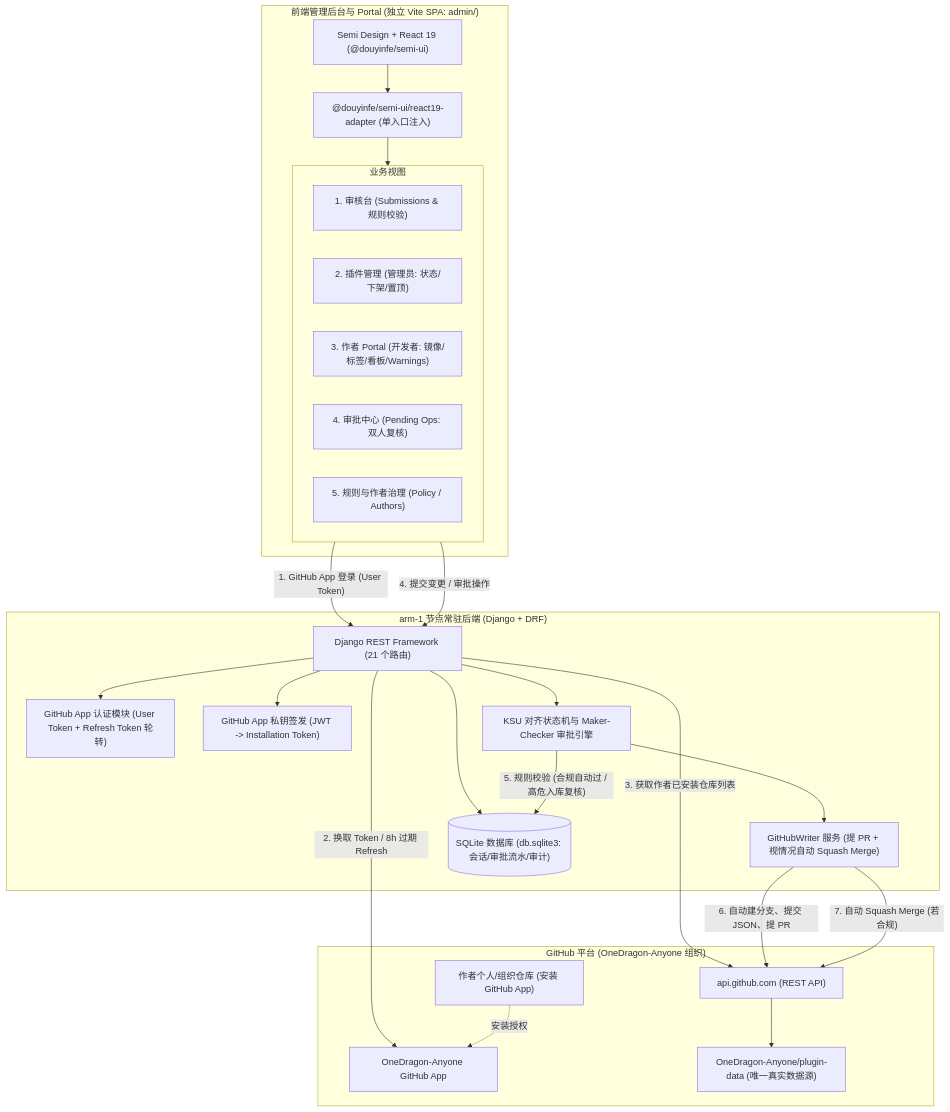
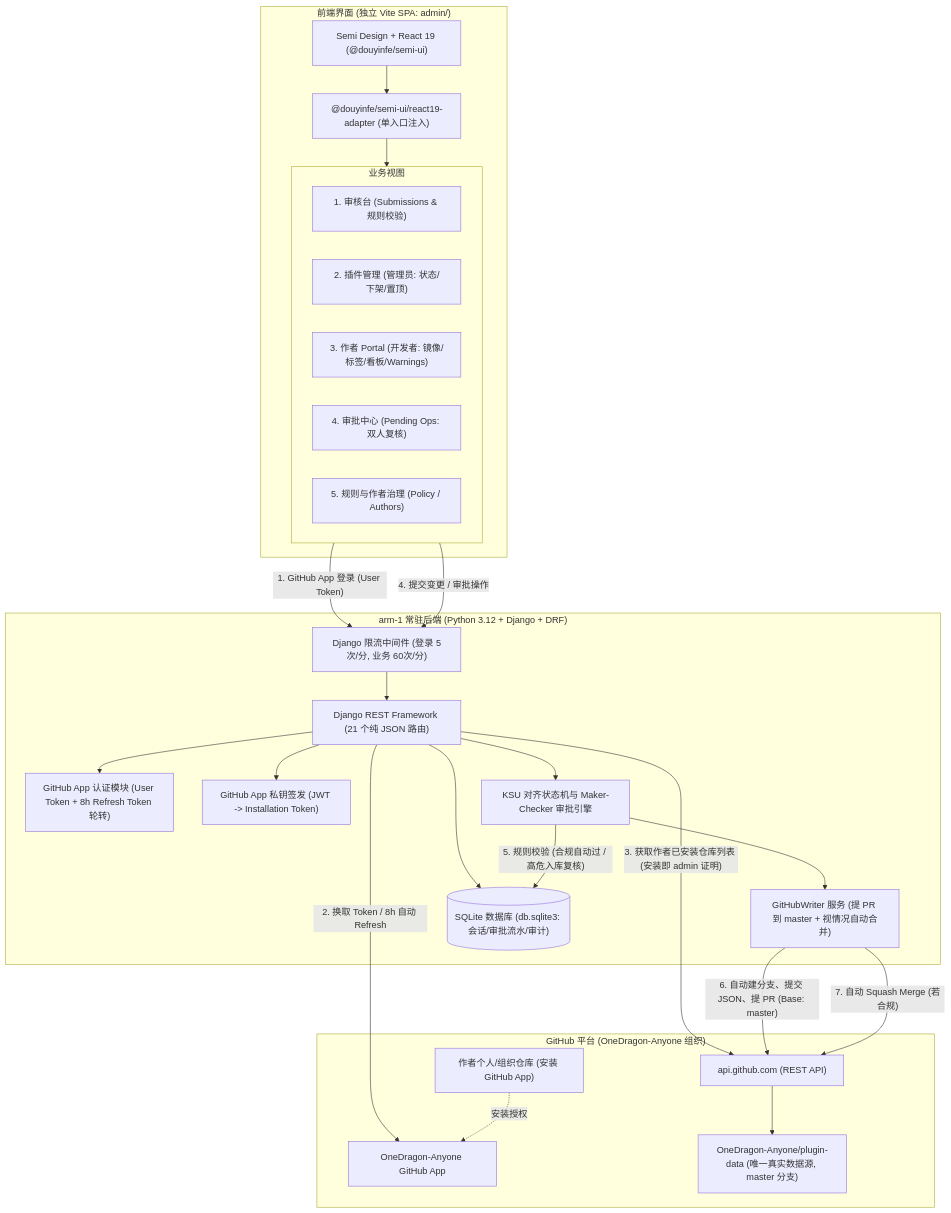
Before and after one commit to OneDragon-Anyone/plugin-market: the diagram in docs/design/Z0D-9/design.md, drawn with Mermaid. The commit also changed other lines of this file and 1 other file, not shown here.

Commit message:
docs(design): incorporate real-world verification findings (master branch, arm-1 secrets, ddos throttling) (Z0D-3, Z0D-9)

````diff
--- a/docs/design/Z0D-9/design.md
+++ b/docs/design/Z0D-9/design.md
@@ -78,48 +68,50 @@
 ```mermaid
 flowchart TD
-    subgraph Client ["前端管理后台与 Portal (独立 Vite SPA: admin/)"]
+    subgraph Client ["前端界面 (独立 Vite SPA: admin/)"]
         SemiUI["Semi Design + React 19 (@douyinfe/semi-ui)"]
         Adapter["@douyinfe/semi-ui/react19-adapter (单入口注入)"]
         subgraph Views ["业务视图"]
             V1["1. 审核台 (Submissions & 规则校验)"]
             V2["2. 插件管理 (管理员: 状态/下架/置顶)"]
             V3["3. 作者 Portal (开发者: 镜像/标签/看板/Warnings)"]
             V4["4. 审批中心 (Pending Ops: 双人复核)"]
             V5["5. 规则与作者治理 (Policy / Authors)"]
         end
         SemiUI --> Adapter
         Adapter --> Views
     end
 
-    subgraph Backend ["arm-1 节点常驻后端 (Django + DRF)"]
-        DRF["Django REST Framework (21 个路由)"]
-        AppAuth["GitHub App 认证模块 (User Token + Refresh Token 轮转)"]
+    subgraph Backend ["arm-1 常驻后端 (Python 3.12 + Django + DRF)"]
+        Throttling["Django 限流中间件 (登录 5次/分, 业务 60次/分)"]
+        DRF["Django REST Framework (21 个纯 JSON 路由)"]
+        AppAuth["GitHub App 认证模块 (User Token + 8h Refresh Token 轮转)"]
         AppJWT["GitHub App 私钥签发 (JWT -> Installation Token)"]
         StateEngine["KSU 对齐状态机与 Maker-Checker 审批引擎"]
-        GitWriter["GitHubWriter 服务 (提 PR + 视情况自动 Squash Merge)"]
+        GitWriter["GitHubWriter 服务 (提 PR 到 master + 视情况自动合并)"]
         SQLiteDB[("SQLite 数据库 (db.sqlite3: 会话/审批流水/审计)")]
 
+        Throttling --> DRF
         DRF --> AppAuth
         DRF --> AppJWT
         DRF --> StateEngine
         DRF --> SQLiteDB
         StateEngine --> GitWriter
     end
 
     subgraph GitHub ["GitHub 平台 (OneDragon-Anyone 组织)"]
         GHApp["OneDragon-Anyone GitHub App"]
         GHRest["api.github.com (REST API)"]
-        DataRepo["OneDragon-Anyone/plugin-data (唯一真实数据源)"]
+        DataRepo["OneDragon-Anyone/plugin-data (唯一真实数据源, master 分支)"]
         AuthorRepo["作者个人/组织仓库 (安装 GitHub App)"]
     end
 
-    Views -- "1. GitHub App 登录 (User Token)" --> DRF
-    DRF -- "2. 换取 Token / 8h 过期 Refresh" --> GHApp
-    DRF -- "3. 获取作者已安装仓库列表" --> GHRest
+    Views -- "1. GitHub App 登录 (User Token)" --> Throttling
+    DRF -- "2. 换取 Token / 8h 自动 Refresh" --> GHApp
+    DRF -- "3. 获取作者已安装仓库列表 (安装即 admin 证明)" --> GHRest
     AuthorRepo -. "安装授权" .-> GHApp
-    Views -- "4. 提交变更 / 审批操作" --> DRF
+    Views -- "4. 提交变更 / 审批操作" --> Throttling
     StateEngine -- "5. 规则校验 (合规自动过 / 高危入库复核)" --> SQLiteDB
-    GitWriter -- "6. 自动建分支、提交 JSON、提 PR" --> GHRest
+    GitWriter -- "6. 自动建分支、提交 JSON、提 PR (Base: master)" --> GHRest
     GitWriter -- "7. 自动 Squash Merge (若合规)" --> GHRest
     GHRest --> DataRepo
 ```
````
